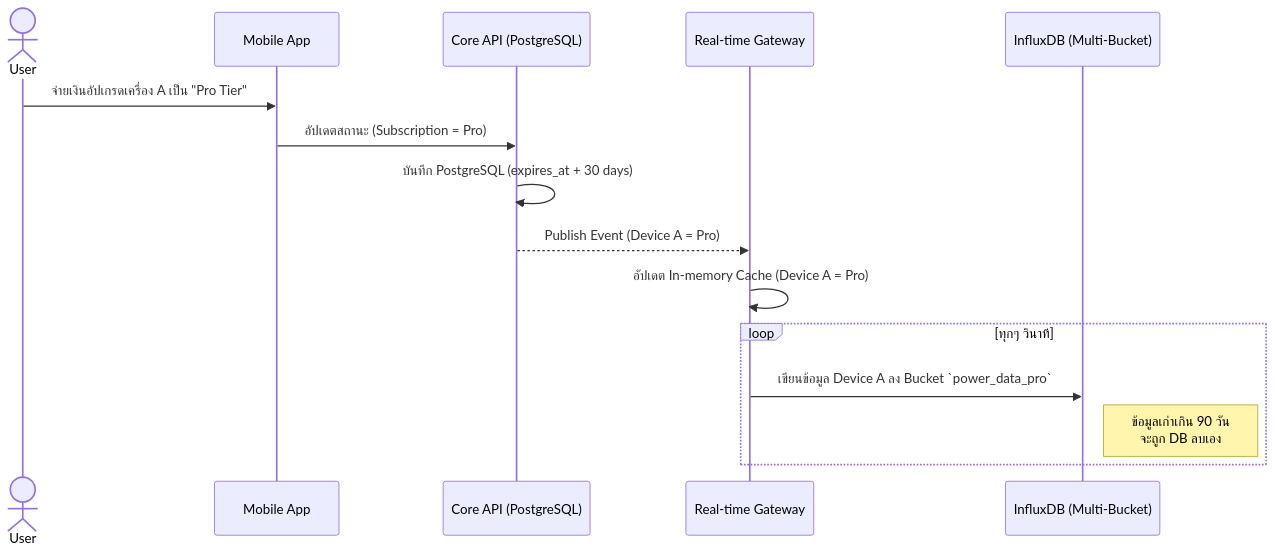
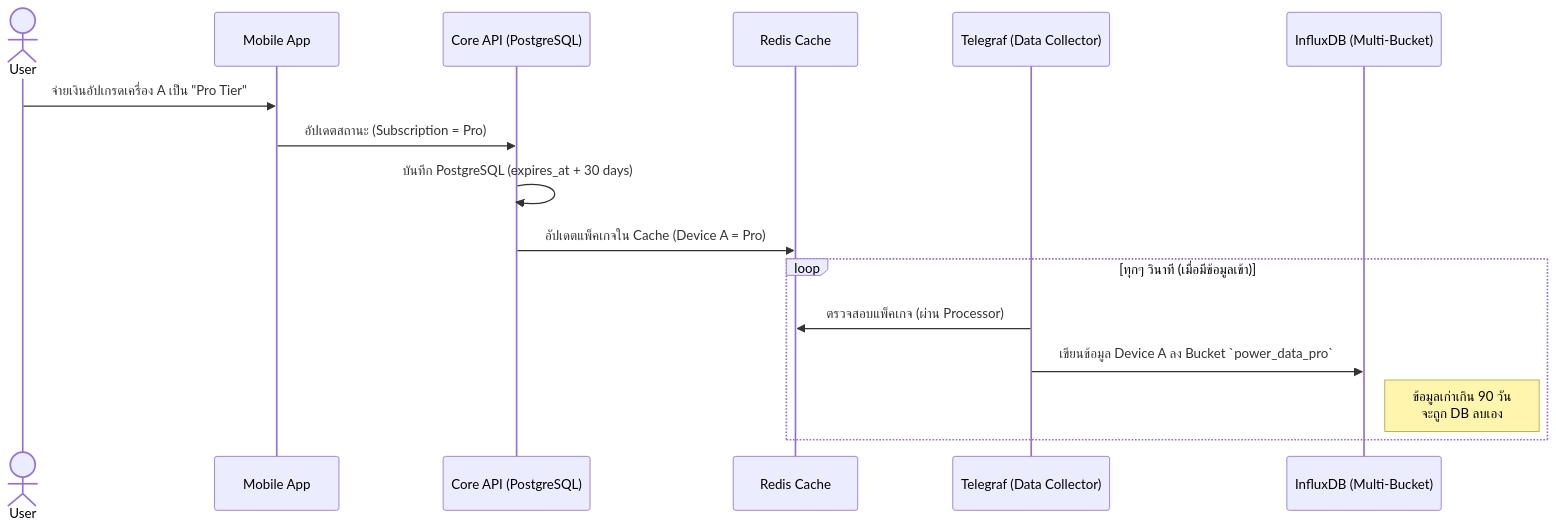
One commit to u65042380107/share changed the fifth of 30 diagrams in BILLING_AND_TIERS_SYSTEM.md. Above: the diagram before and after it, drawn with Mermaid. The commit also changed other lines of this file, not shown here.

````diff
--- a/BILLING_AND_TIERS_SYSTEM.md
+++ b/BILLING_AND_TIERS_SYSTEM.md
@@ -332,20 +332,20 @@
 ```mermaid
 sequenceDiagram
     actor User
     participant App as Mobile App
     participant API as Core API (PostgreSQL)
-    participant GW as Real-time Gateway
+    participant Redis as Redis Cache
+    participant GW as Telegraf (Data Collector)
     participant DB as InfluxDB (Multi-Bucket)
     
     User->>App: จ่ายเงินอัปเกรดเครื่อง A เป็น "Pro Tier"
     App->>API: อัปเดตสถานะ (Subscription = Pro)
     API->>API: บันทึก PostgreSQL (expires_at + 30 days)
-    API-->>GW: Publish Event (Device A = Pro)
+    API->>Redis: อัปเดตแพ็คเกจใน Cache (Device A = Pro)
     
-    GW->>GW: อัปเดต In-memory Cache (Device A = Pro)
-    
-    loop ทุกๆ วินาที
+    loop ทุกๆ วินาที (เมื่อมีข้อมูลเข้า)
+        GW->>Redis: ตรวจสอบแพ็คเกจ (ผ่าน Processor)
         GW->>DB: เขียนข้อมูล Device A ลง Bucket `power_data_pro`
         Note right of DB: ข้อมูลเก่าเกิน 90 วัน<br/>จะถูก DB ลบเอง
     end
 ```
````
